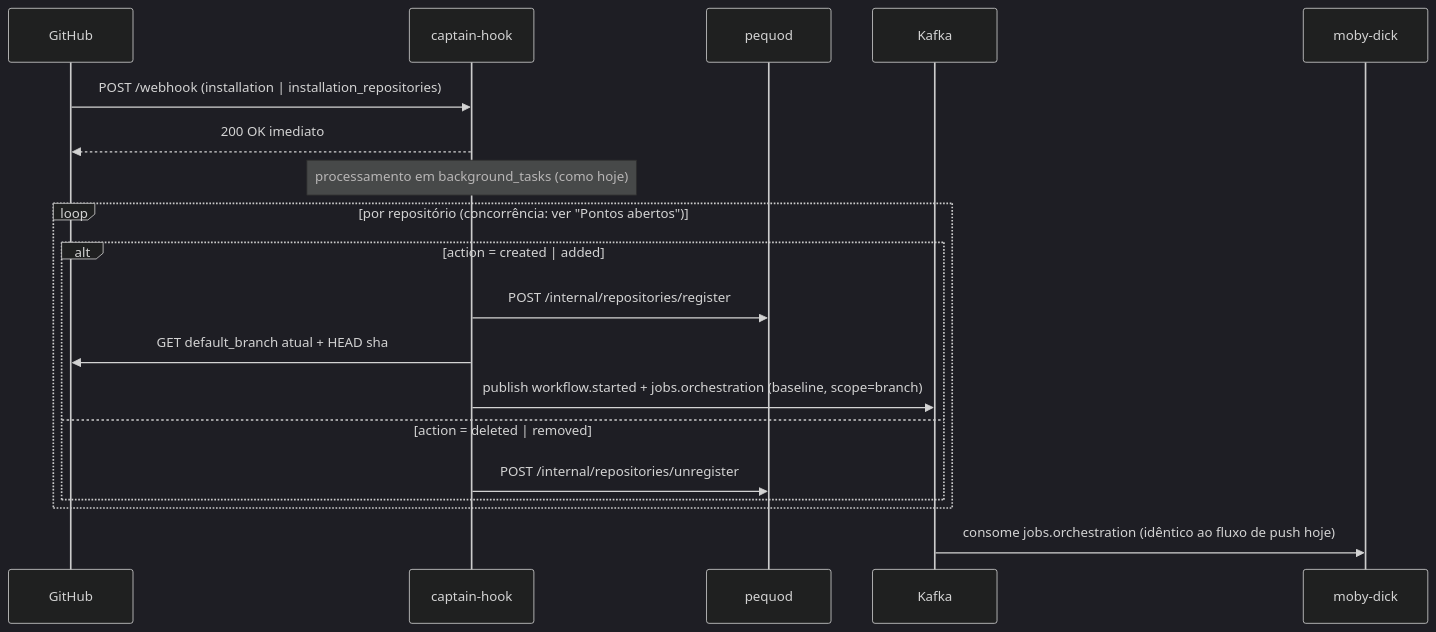
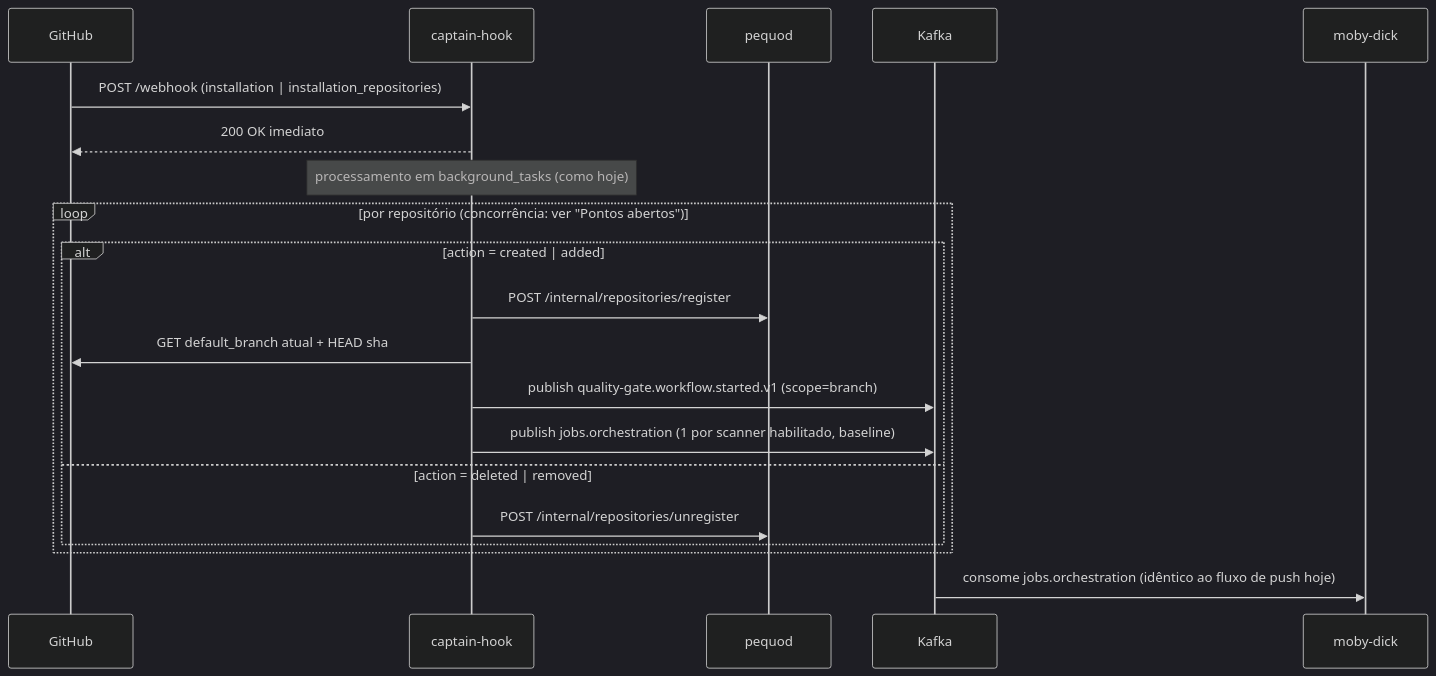
The second of 2 diagrams in docs/design/ping-install-rest-migration.md (OdinEye-FIAP/aspm-docs), drawn with Mermaid (dark theme) before and after one commit. The commit also changed other lines of this file, not shown here.

Commit message:
docs: simetriza topicos Kafka nos dois diagramas + nota event_type vs nome do topico

````diff
--- a/docs/design/ping-install-rest-migration.md
+++ b/docs/design/ping-install-rest-migration.md
@@ -123,23 +136,24 @@
 ```mermaid
 sequenceDiagram
     participant GH as GitHub
     participant CH as captain-hook
     participant PQ as pequod
     participant K as Kafka
     participant MD as moby-dick
 
     GH->>CH: POST /webhook (installation | installation_repositories)
     CH-->>GH: 200 OK imediato
     Note over CH: processamento em background_tasks (como hoje)
 
     loop por repositório (concorrência: ver "Pontos abertos")
         alt action = created | added
             CH->>PQ: POST /internal/repositories/register
             CH->>GH: GET default_branch atual + HEAD sha
-            CH->>K: publish workflow.started + jobs.orchestration (baseline, scope=branch)
+            CH->>K: publish quality-gate.workflow.started.v1 (scope=branch)
+            CH->>K: publish jobs.orchestration (1 por scanner habilitado, baseline)
         else action = deleted | removed
             CH->>PQ: POST /internal/repositories/unregister
         end
     end
     K->>MD: consome jobs.orchestration (idêntico ao fluxo de push hoje)
 ```
````
